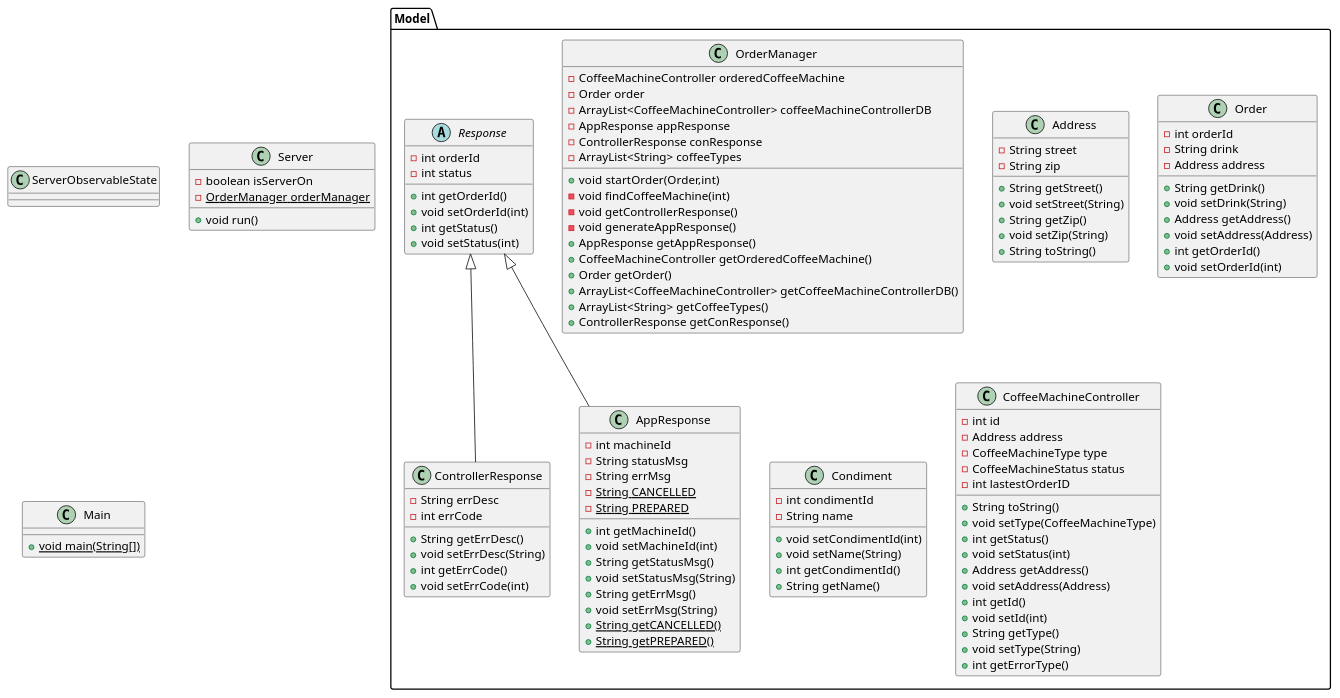
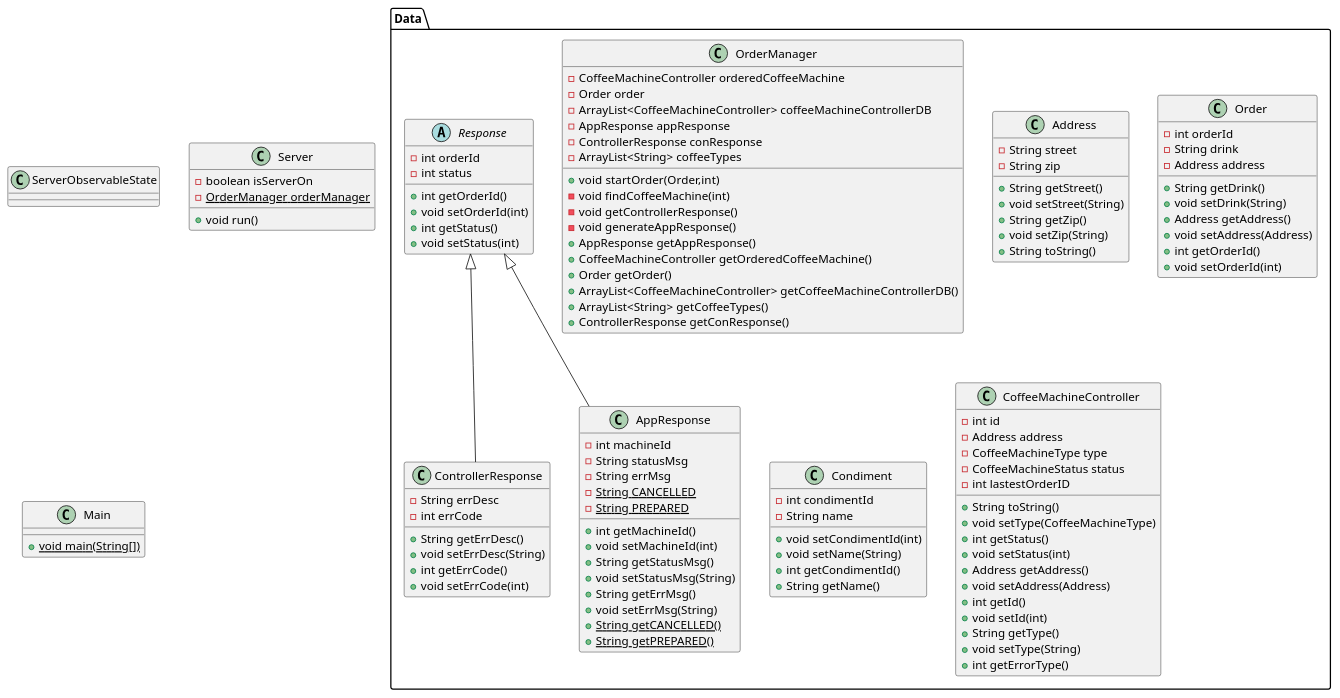
Before and after one commit to rhit-liua1/CSSE374-project: the diagram in CD.puml, drawn with PlantUML. The commit also changed 32 other files, not shown here.

Commit message:
CoffeeMachine-Order Observer Pattern

```diff
--- a/CD.puml
+++ b/CD.puml
@@ -1,111 +1,111 @@
 @startuml
-class Model.OrderManager {
+class Data.OrderManager {
 - CoffeeMachineController orderedCoffeeMachine
 - Order order
 - ArrayList<CoffeeMachineController> coffeeMachineControllerDB
 - AppResponse appResponse
 - ControllerResponse conResponse
 - ArrayList<String> coffeeTypes
 + void startOrder(Order,int)
 - void findCoffeeMachine(int)
 - void getControllerResponse()
 - void generateAppResponse()
 + AppResponse getAppResponse()
 + CoffeeMachineController getOrderedCoffeeMachine()
 + Order getOrder()
 + ArrayList<CoffeeMachineController> getCoffeeMachineControllerDB()
 + ArrayList<String> getCoffeeTypes()
 + ControllerResponse getConResponse()
 }
-class Model.Address {
+class Data.Address {
 - String street
 - String zip
 + String getStreet()
 + void setStreet(String)
 + String getZip()
 + void setZip(String)
 + String toString()
 }
 class ServerObservableState {
 }
-class Model.Order {
+class Data.Order {
 - int orderId
 - String drink
 - Address address
 + String getDrink()
 + void setDrink(String)
 + Address getAddress()
 + void setAddress(Address)
 + int getOrderId()
 + void setOrderId(int)
 }
-abstract class Model.Response {
+abstract class Data.Response {
 - int orderId
 - int status
 + int getOrderId()
 + void setOrderId(int)
 + int getStatus()
 + void setStatus(int)
 }
-class Model.Condiment {
+class Data.Condiment {
 - int condimentId
 - String name
 + void setCondimentId(int)
 + void setName(String)
 + int getCondimentId()
 + String getName()
 }
 class Server {
 - boolean isServerOn
 - {static} OrderManager orderManager
 + void run()
 }
-class Model.CoffeeMachineController {
+class Data.CoffeeMachineController {
 - int id
 - Address address
 - CoffeeMachineType type
 - CoffeeMachineStatus status
 - int lastestOrderID
 + String toString()
 + void setType(CoffeeMachineType)
 + int getStatus()
 + void setStatus(int)
 + Address getAddress()
 + void setAddress(Address)
 + int getId()
 + void setId(int)
 + String getType()
 + void setType(String)
 + int getErrorType()
 }
-class Model.ControllerResponse {
+class Data.ControllerResponse {
 - String errDesc
 - int errCode
 + String getErrDesc()
 + void setErrDesc(String)
 + int getErrCode()
 + void setErrCode(int)
 }
-class Model.AppResponse {
+class Data.AppResponse {
 - int machineId
 - String statusMsg
 - String errMsg
 - {static} String CANCELLED
 - {static} String PREPARED
 + int getMachineId()
 + void setMachineId(int)
 + String getStatusMsg()
 + void setStatusMsg(String)
 + String getErrMsg()
 + void setErrMsg(String)
 + {static} String getCANCELLED()
 + {static} String getPREPARED()
 }
 class Main {
 + {static} void main(String[])
 }
 
 
-Model.Response <|-- Model.ControllerResponse
-Model.Response <|-- Model.AppResponse
+Data.Response <|-- Data.ControllerResponse
+Data.Response <|-- Data.AppResponse
 @enduml
```
